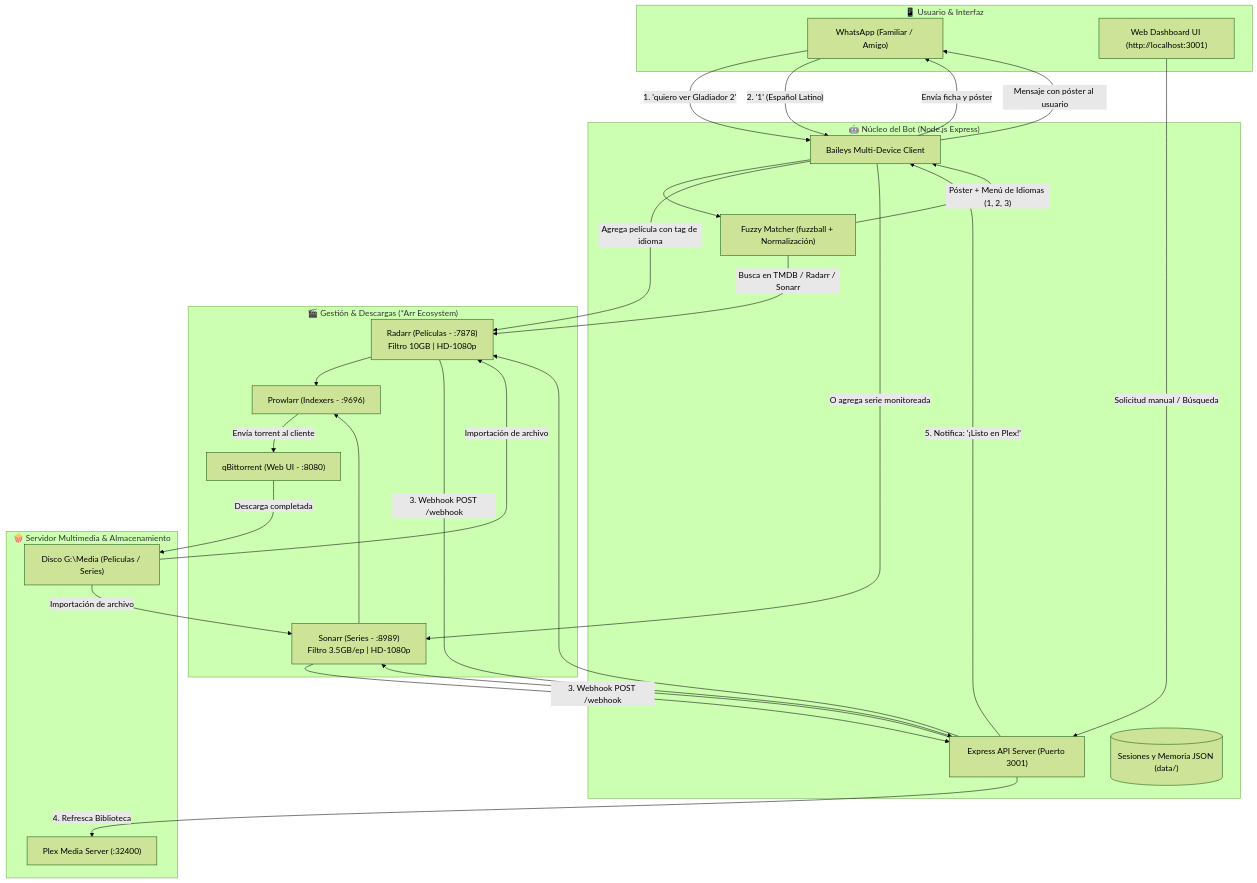
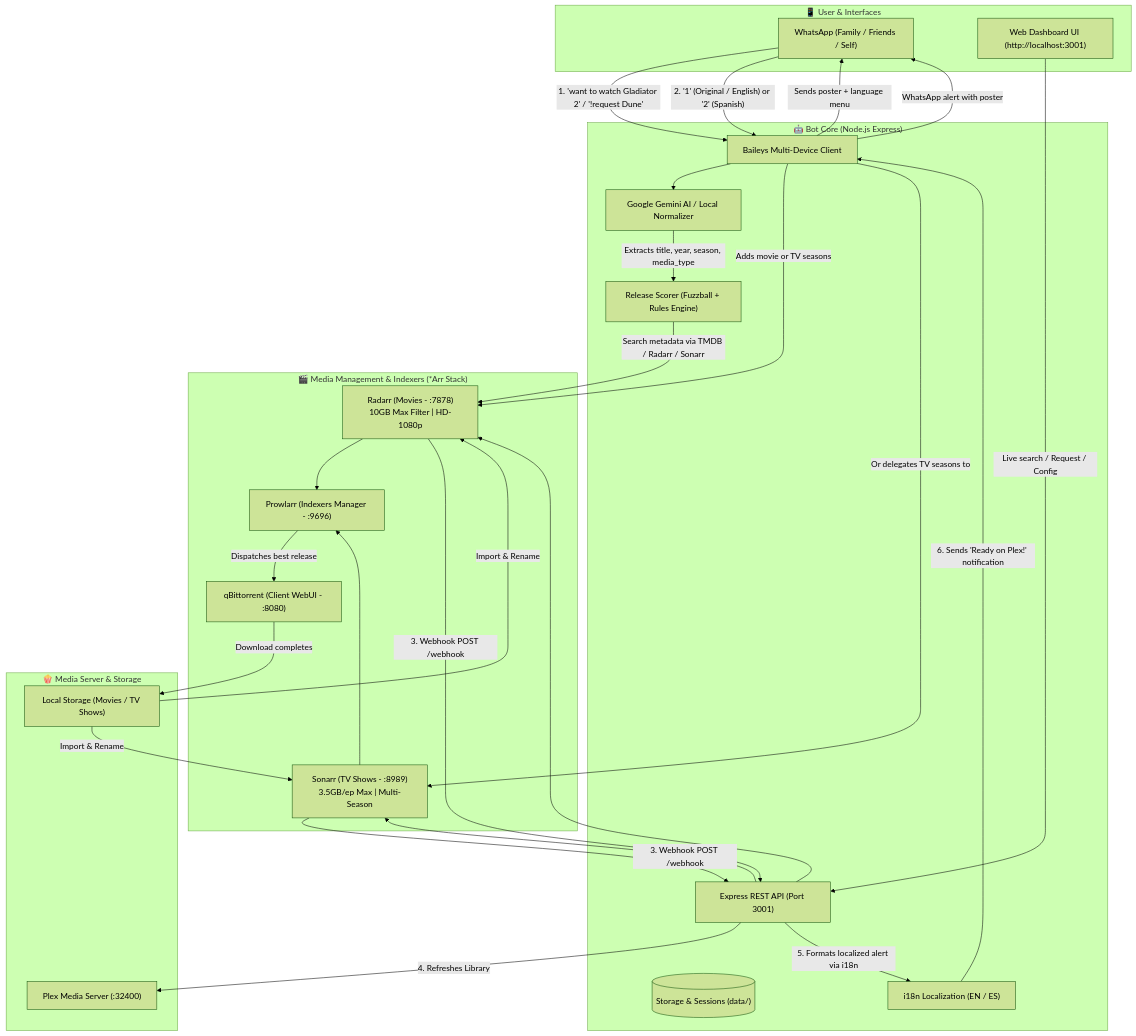
The diagram in README.md (Pipin333/whatsarr), drawn with Mermaid (forest theme) before and after one commit. The commit also changed other lines of this file and 11 other files, not shown here.

Commit message:
feat: complete English documentation, i18n support, and language selector

````diff
--- a/README.md
+++ b/README.md
@@ -16,54 +17,57 @@
 ```mermaid
 flowchart TD
-    subgraph Cliente["📱 Usuario & Interfaz"]
-        A["WhatsApp (Familiar / Amigo)"]
+    subgraph Client["📱 User & Interfaces"]
+        A["WhatsApp (Family / Friends / Self)"]
         W["Web Dashboard UI (http://localhost:3001)"]
     end
 
-    subgraph Bot["🤖 Núcleo del Bot (Node.js Express)"]
+    subgraph Bot["🤖 Bot Core (Node.js Express)"]
         B["Baileys Multi-Device Client"]
-        F["Fuzzy Matcher (fuzzball + Normalización)"]
-        API["Express API Server (Puerto 3001)"]
-        DB[("Sesiones y Memoria JSON (data/)")]
+        LLM["Google Gemini AI / Local Normalizer"]
+        F["Release Scorer (Fuzzball + Rules Engine)"]
+        API["Express REST API (Port 3001)"]
+        DB[("Storage & Sessions (data/)")]
+        I18N["i18n Localization (EN / ES)"]
     end
 
-    subgraph Arr["🎬 Gestión & Descargas (*Arr Ecosystem)"]
-        R["Radarr (Películas - :7878)<br/>Filtro 10GB | HD-1080p"]
-        S["Sonarr (Series - :8989)<br/>Filtro 3.5GB/ep | HD-1080p"]
-        P["Prowlarr (Indexers - :9696)"]
-        Q["qBittorrent (Web UI - :8080)"]
+    subgraph Arr["🎬 Media Management & Indexers (*Arr Stack)"]
+        R["Radarr (Movies - :7878)<br/>10GB Max Filter | HD-1080p"]
+        S["Sonarr (TV Shows - :8989)<br/>3.5GB/ep Max | Multi-Season"]
+        P["Prowlarr (Indexers Manager - :9696)"]
+        Q["qBittorrent (Client WebUI - :8080)"]
     end
 
-    subgraph Media["🍿 Servidor Multimedia & Almacenamiento"]
-        DISK["Disco G:\Media (Peliculas / Series)"]
+    subgraph Media["🍿 Media Server & Storage"]
+        DISK["Local Storage (Movies / TV Shows)"]
         PLEX["Plex Media Server (:32400)"]
     end
 
-    %% Flujo de Solicitud
-    A -->|"1. 'quiero ver Gladiador 2'"| B
-    B --> F
-    F -->|"Busca en TMDB / Radarr / Sonarr"| R
-    F -->|"Póster + Menú de Idiomas (1, 2, 3)"| B
-    B -->|"Envía ficha y póster"| A
-    A -->|"2. '1' (Español Latino)"| B
-    B -->|"Agrega película con tag de idioma"| R
-    B -->|"O agrega serie monitoreada"| S
-    W -->|"Solicitud manual / Búsqueda"| API
+    %% Request Flow
+    A -->|"1. 'want to watch Gladiator 2' / '!request Dune'"| B
+    B --> LLM
+    LLM -->|"Extracts title, year, season, media_type"| F
+    F -->|"Search metadata via TMDB / Radarr / Sonarr"| R
+    B -->|"Sends poster + language menu"| A
+    A -->|"2. '1' (Original / English) or '2' (Spanish)"| B
+    B -->|"Adds movie or TV seasons"| R
+    B -->|"Or delegates TV seasons to"| S
+    W -->|"Live search / Request / Config"| API
     API --> R
     API --> S
 
-    %% Flujo de Descarga
+    %% Download Flow
     R --> P
     S --> P
-    P -->|"Envía torrent al cliente"| Q
-    Q -->|"Descarga completada"| DISK
-    DISK -->|"Importación de archivo"| R
-    DISK -->|"Importación de archivo"| S
+    P -->|"Dispatches best release"| Q
+    Q -->|"Download completes"| DISK
+    DISK -->|"Import & Rename"| R
+    DISK -->|"Import & Rename"| S
 
-    %% Flujo de Notificación
+    %% Notification Flow
     R -->|"3. Webhook POST /webhook"| API
     S -->|"3. Webhook POST /webhook"| API
-    API -->|"4. Refresca Biblioteca"| PLEX
-    API -->|"5. Notifica: '¡Listo en Plex!'"| B
-    B -->|"Mensaje con póster al usuario"| A
+    API -->|"4. Refreshes Library"| PLEX
+    API -->|"5. Formats localized alert via i18n"| I18N
+    I18N -->|"6. Sends 'Ready on Plex!' notification"| B
+    B -->|"WhatsApp alert with poster"| A
 ```
````
